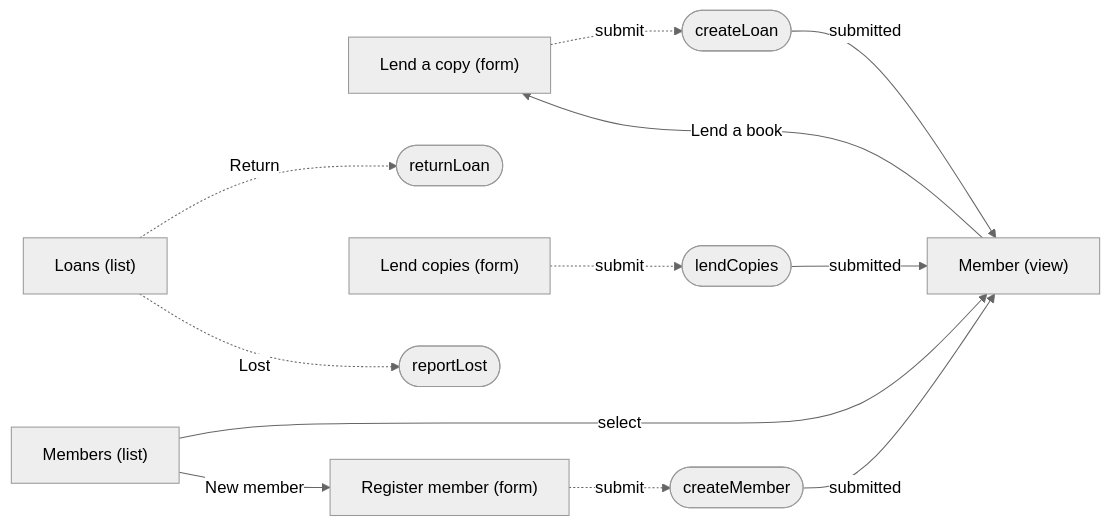
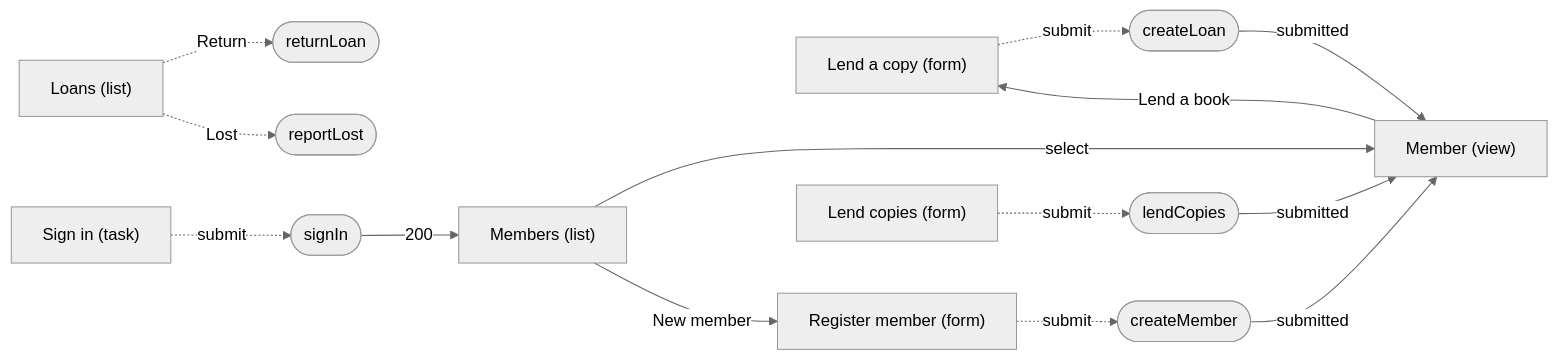
One commit to SpecArch/specarch changed diagram 13 of 14 in examples/library-lending/docs/techspec.md. Above: the diagram before and after it, drawn with Mermaid (neutral theme). The commit also changed other lines of this file and 48 other files, not shown here.

First line of the commit message:
Add task pages, which submit to an operation without loading a record

````diff
--- a/examples/library-lending/docs/techspec.md
+++ b/examples/library-lending/docs/techspec.md
@@ -672,25 +690,29 @@
 ```mermaid
 flowchart LR
   loan_form["Lend a copy (form)"]
   loans_list["Loans (list)"]
   member_form["Register member (form)"]
   member_loans["Lend copies (form)"]
   member_view["Member (view)"]
   members_list["Members (list)"]
+  sign_in["Sign in (task)"]
   op_createLoan(["createLoan"])
   loan_form -.->|"submit"| op_createLoan
   op_createLoan -->|"submitted"| member_view
   op_returnLoan(["returnLoan"])
   loans_list -.->|"Return"| op_returnLoan
   op_reportLost(["reportLost"])
   loans_list -.->|"Lost"| op_reportLost
   op_createMember(["createMember"])
   member_form -.->|"submit"| op_createMember
   op_createMember -->|"submitted"| member_view
   op_lendCopies(["lendCopies"])
   member_loans -.->|"submit"| op_lendCopies
   op_lendCopies -->|"submitted"| member_view
   member_view -->|"Lend a book"| loan_form
   members_list -->|"select"| member_view
   members_list -->|"New member"| member_form
+  op_signIn(["signIn"])
+  sign_in -.->|"submit"| op_signIn
+  op_signIn -->|"200"| members_list
 ```
````
